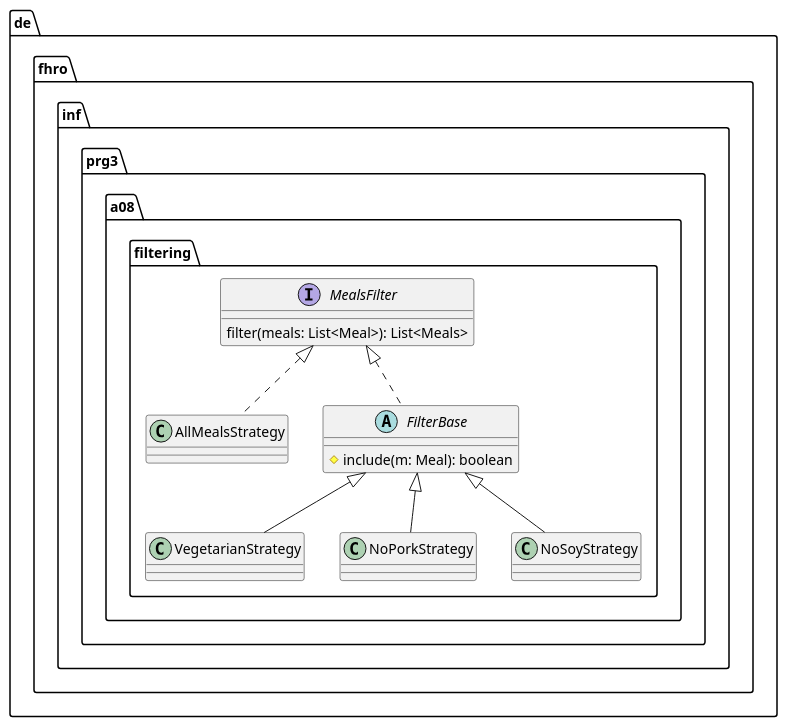
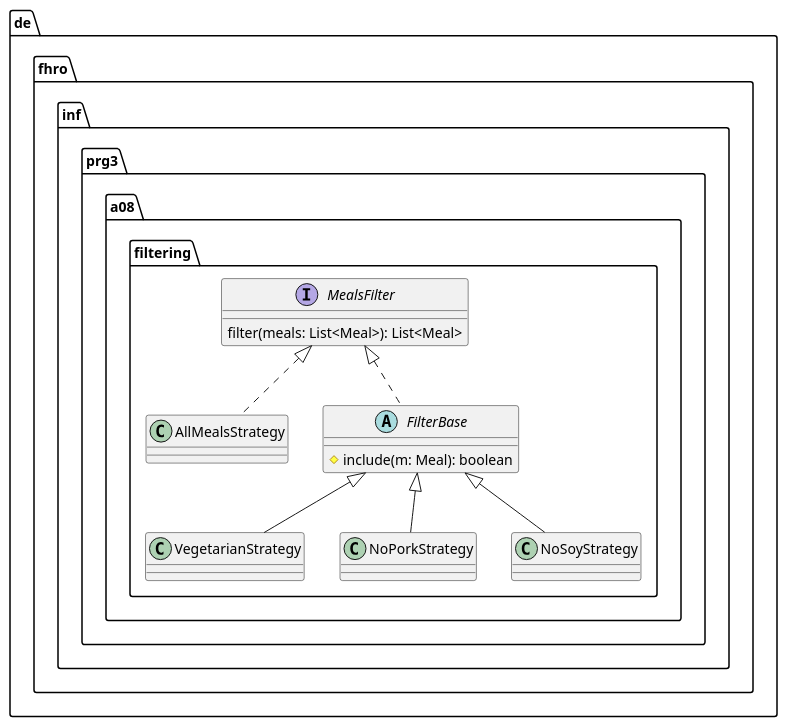
Before and after one commit to ohm-softa/08-singleton-factory-strategy-android: the diagram in assets/uml/Filtering-Strategies.plantuml, drawn with PlantUML. The commit also changed 1 other file, not shown here.

Commit message:
Fixed typo in UML

```diff
--- a/assets/uml/Filtering-Strategies.plantuml
+++ b/assets/uml/Filtering-Strategies.plantuml
@@ -1,30 +1,30 @@
 @startuml FilteringStrategies
 
 package de.fhro.inf.prg3.a08.filtering {
 
     interface MealsFilter {
-        filter(meals: List<Meal>): List<Meals>
+        filter(meals: List<Meal>): List<Meal>
     }
 
     class AllMealsStrategy implements MealsFilter {
 
     }
 
     abstract class FilterBase implements MealsFilter {
         #include(m: Meal): boolean
     }
 
     class VegetarianStrategy extends FilterBase {
 
     }
 
     class NoPorkStrategy extends FilterBase {
 
     }
 
     class NoSoyStrategy extends FilterBase {
         
     }
 }
 
 @enduml
```
